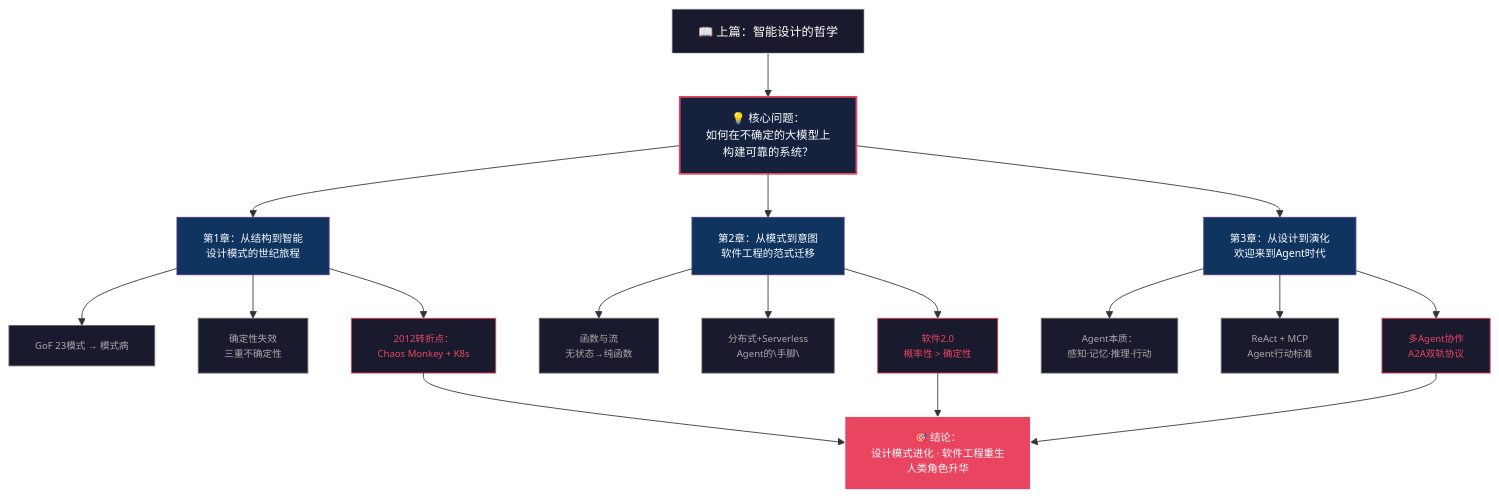
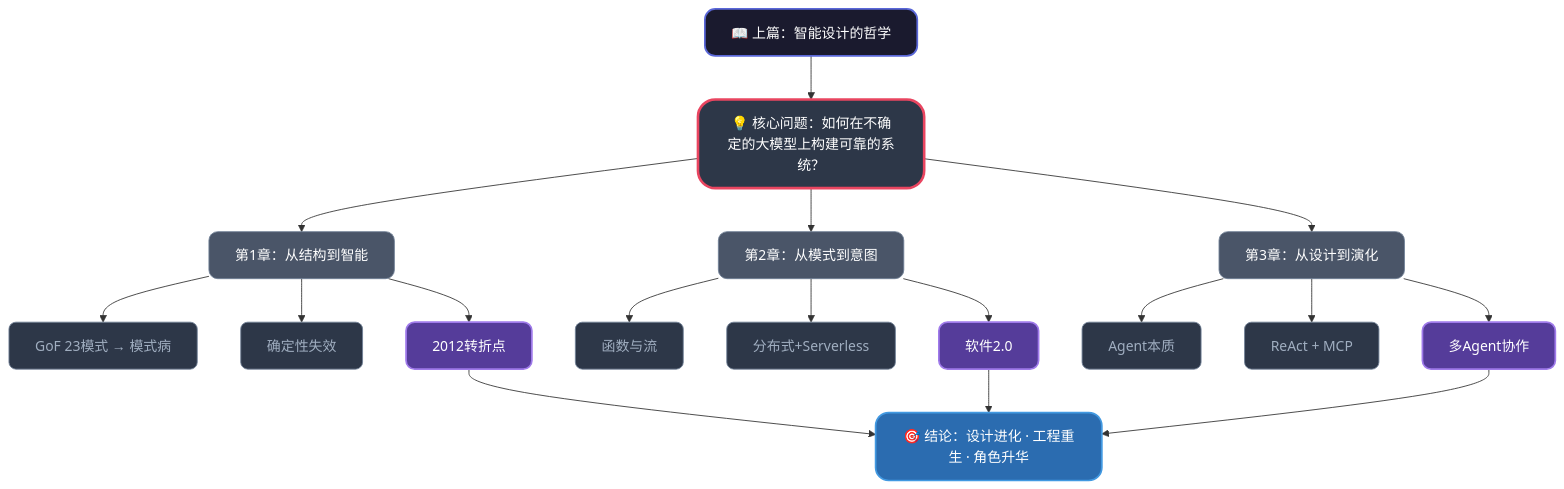
The first of 2 diagrams in content/posts/agent-design-patterns-book-intro.md (tanteng/blog), drawn with Mermaid before and after one commit. The commit also changed other lines of this file, not shown here.

Commit message:
style: 重构上下篇mermaid图，TB布局+圆角pill风格，适合竖版阅读

```diff
--- a/content/posts/agent-design-patterns-book-intro.md
+++ b/content/posts/agent-design-patterns-book-intro.md
@@ -44,39 +44,29 @@
 {{< mermaid >}}
-flowchart TD
-    title1["📖 上篇：智能设计的哲学"]
-    core["💡 核心问题：<br/>如何在不确定的大模型上<br/>构建可靠的系统？"]
-    ch1["第1章：从结构到智能<br/>设计模式的世纪旅程"]
-    ch2["第2章：从模式到意图<br/>软件工程的范式迁移"]
-    ch3["第3章：从设计到演化<br/>欢迎来到Agent时代"]
-    ch1_1["GoF 23模式 → 模式病"]
-    ch1_2["确定性失效<br/>三重不确定性"]
-    ch1_3["2012转折点：<br/>Chaos Monkey + K8s"]
-    ch2_1["函数与流<br/>无状态→纯函数"]
-    ch2_2["分布式+Serverless<br/>Agent的\"手脚\""]
-    ch2_3["软件2.0<br/>概率性 > 确定性"]
-    ch3_1["Agent本质：<br/>感知·记忆·推理·行动"]
-    ch3_2["ReAct + MCP<br/>Agent行动标准"]
-    ch3_3["多Agent协作<br/>A2A双轨协议"]
-    conclusion["🎯 结论：<br/>设计模式进化 · 软件工程重生<br/>人类角色升华"]
-    title1 --> core
-    core --> ch1 & ch2 & ch3
+flowchart TB
+    title1["📖 上篇：智能设计的哲学"]:::title
+    core["💡 核心问题：如何在不确定的大模型上构建可靠的系统？"]:::core
+    ch1["第1章：从结构到智能"]:::chapter
+    ch2["第2章：从模式到意图"]:::chapter
+    ch3["第3章：从设计到演化"]:::chapter
+    ch1_1["GoF 23模式 → 模式病"]:::leaf
+    ch1_2["确定性失效"]:::leaf
+    ch1_3["2012转折点"]:::highlight
+    ch2_1["函数与流"]:::leaf
+    ch2_2["分布式+Serverless"]:::leaf
+    ch2_3["软件2.0"]:::highlight
+    ch3_1["Agent本质"]:::leaf
+    ch3_2["ReAct + MCP"]:::leaf
+    ch3_3["多Agent协作"]:::highlight
+    conclusion["🎯 结论：设计进化 · 工程重生 · 角色升华"]:::done
+    title1 --> core --> ch1 & ch2 & ch3
     ch1 --> ch1_1 & ch1_2 & ch1_3
     ch2 --> ch2_1 & ch2_2 & ch2_3
     ch3 --> ch3_1 & ch3_2 & ch3_3
     ch1_3 & ch2_3 & ch3_3 --> conclusion
-    style title1 fill:#1a1a2e,stroke:#eee,color:#fff,font-size:14px
-    style core fill:#16213e,stroke:#e94560,color:#fff,font-size:13px,stroke-width:2px
-    style ch1 fill:#0f3460,stroke:#533483,color:#fff,font-size:12px
-    style ch2 fill:#0f3460,stroke:#533483,color:#fff,font-size:12px
-    style ch3 fill:#0f3460,stroke:#533483,color:#fff,font-size:12px
-    style conclusion fill:#e94560,stroke:#fff,color:#fff,font-size:12px
-    style ch1_1 fill:#1a1a2e,stroke:#666,color:#aaa,font-size:11px
-    style ch1_2 fill:#1a1a2e,stroke:#666,color:#aaa,font-size:11px
-    style ch1_3 fill:#1a1a2e,stroke:#e94560,color:#e94560,font-size:11px
-    style ch2_1 fill:#1a1a2e,stroke:#666,color:#aaa,font-size:11px
-    style ch2_2 fill:#1a1a2e,stroke:#666,color:#aaa,font-size:11px
-    style ch2_3 fill:#1a1a2e,stroke:#e94560,color:#e94560,font-size:11px
-    style ch3_1 fill:#1a1a2e,stroke:#666,color:#aaa,font-size:11px
-    style ch3_2 fill:#1a1a2e,stroke:#666,color:#aaa,font-size:11px
-    style ch3_3 fill:#1a1a2e,stroke:#e94560,color:#e94560,font-size:11px
+    classDef title fill:#1a1a2e,stroke:#5a67d8,color:#fff,stroke-width:2px,rx:12
+    classDef core fill:#2d3748,stroke:#e94560,color:#fff,stroke-width:3px,rx:20
+    classDef chapter fill:#4a5568,stroke:#718096,color:#fff,stroke-width:1px,rx:10
+    classDef highlight fill:#553c9a,stroke:#9f7aea,color:#fff,stroke-width:2px,rx:10
+    classDef done fill:#2b6cb0,stroke:#4299e1,color:#fff,stroke-width:2px,rx:15
+    classDef leaf fill:#2d3748,stroke:#718096,color:#a0aec0,stroke-width:1px,rx:8
 {{< /mermaid >}}
```
